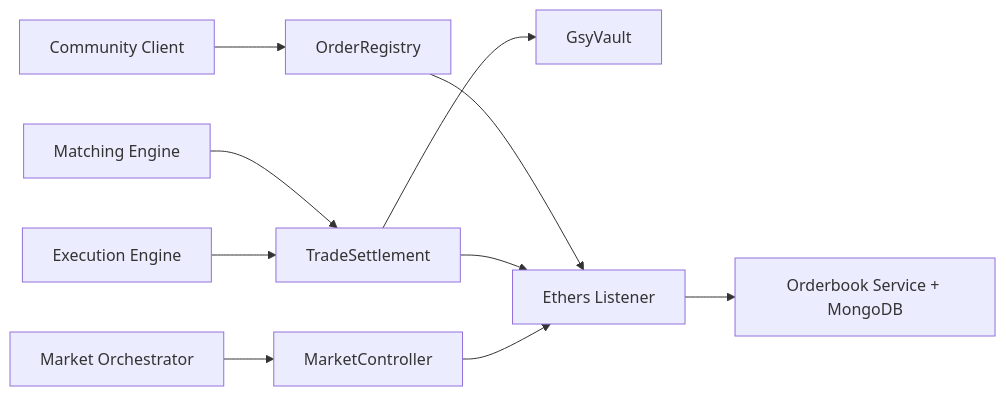
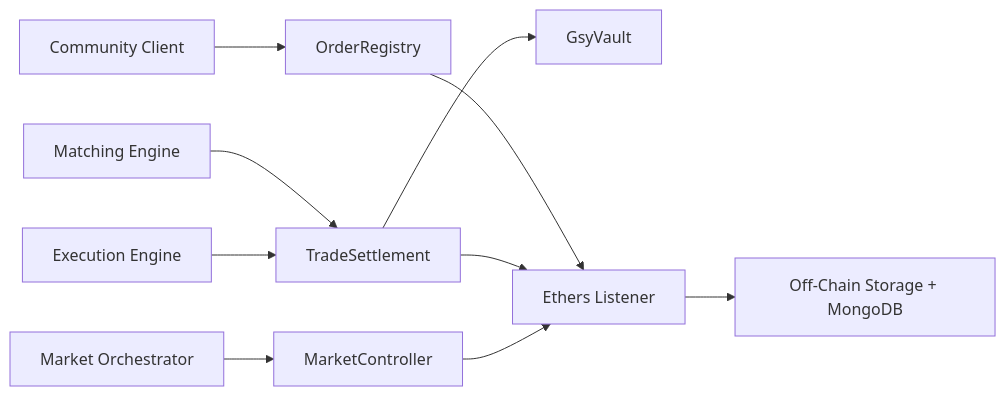
Before and after one commit to gridsingularity/gsy-decentralized-exchange: the diagram in docs/index.md, drawn with Mermaid. The commit also changed other lines of this file and 42 other files, not shown here.

````diff
--- a/docs/index.md
+++ b/docs/index.md
@@ -26,12 +26,12 @@
 ```mermaid
 flowchart LR
     CC["Community Client"] --> OR["OrderRegistry"]
     MO["Market Orchestrator"] --> MC["MarketController"]
     ME["Matching Engine"] --> TS["TradeSettlement"]
     EE["Execution Engine"] --> TS
     TS --> GV["GsyVault"]
     OR --> EL["Ethers Listener"]
     TS --> EL
     MC --> EL
-    EL --> OB["Orderbook Service + MongoDB"]
+    EL --> OB["Off-Chain Storage + MongoDB"]
 ```
````
